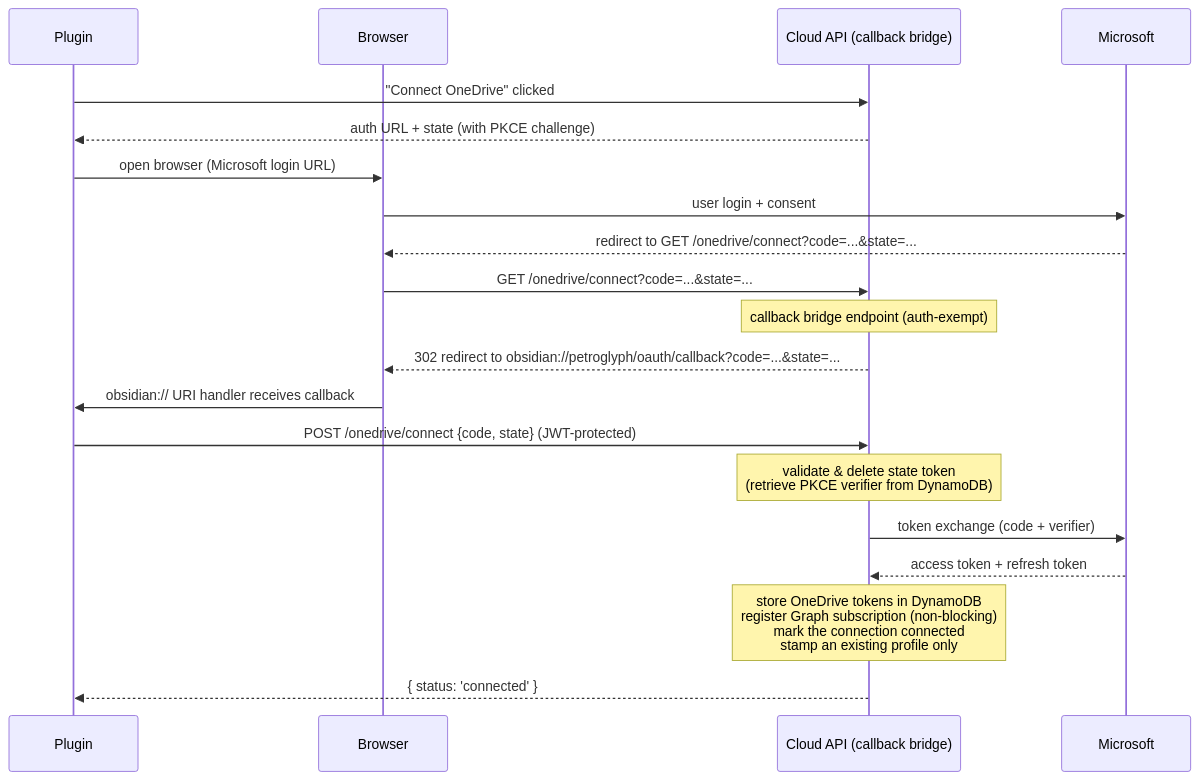
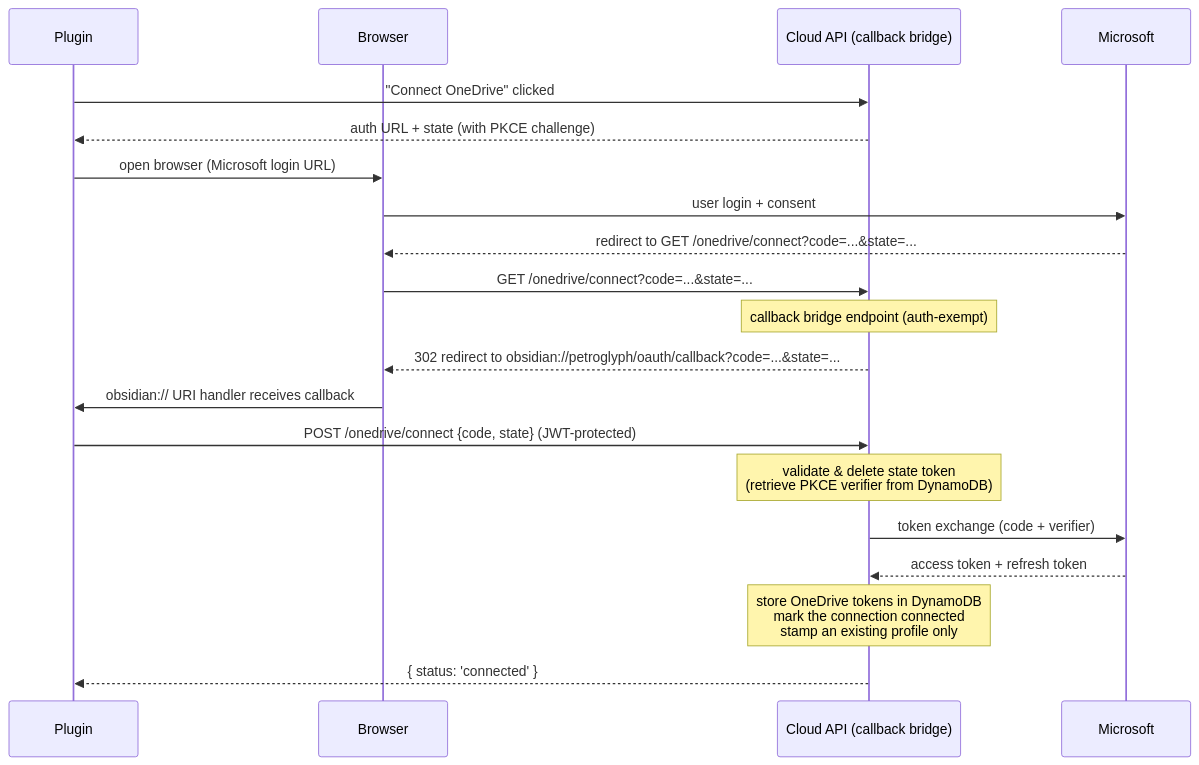
Before and after one commit to jaybeeuu/petroglyph: the second of 3 diagrams in docs/authentication.md, drawn with Mermaid. The commit also changed other lines of this file and 3 other files, not shown here.

First line of the commit message:
fix(petroglyph-bw3p): connect registers no Graph subscription

````diff
--- a/docs/authentication.md
+++ b/docs/authentication.md
@@ -202,23 +202,23 @@
 ```mermaid
 sequenceDiagram
     participant Plugin
     participant Browser
     participant CloudAPI as Cloud API (callback bridge)
     participant Microsoft
 
     Plugin->>CloudAPI: "Connect OneDrive" clicked
     CloudAPI-->>Plugin: auth URL + state (with PKCE challenge)
     Plugin->>Browser: open browser (Microsoft login URL)
     Browser->>Microsoft: user login + consent
     Microsoft-->>Browser: redirect to GET /onedrive/connect?code=...&state=...
     Browser->>CloudAPI: GET /onedrive/connect?code=...&state=...
     Note over CloudAPI: callback bridge endpoint (auth-exempt)
     CloudAPI-->>Browser: 302 redirect to obsidian://petroglyph/oauth/callback?code=...&state=...
     Browser->>Plugin: obsidian:// URI handler receives callback
     Plugin->>CloudAPI: POST /onedrive/connect {code, state} (JWT-protected)
     Note over CloudAPI: validate & delete state token<br/>(retrieve PKCE verifier from DynamoDB)
     CloudAPI->>Microsoft: token exchange (code + verifier)
     Microsoft-->>CloudAPI: access token + refresh token
-    Note over CloudAPI: store OneDrive tokens in DynamoDB<br/>register Graph subscription (non-blocking)<br/>mark the connection connected<br/>stamp an existing profile only
+    Note over CloudAPI: store OneDrive tokens in DynamoDB<br/>mark the connection connected<br/>stamp an existing profile only
     CloudAPI-->>Plugin: { status: 'connected' }
 ```
````
